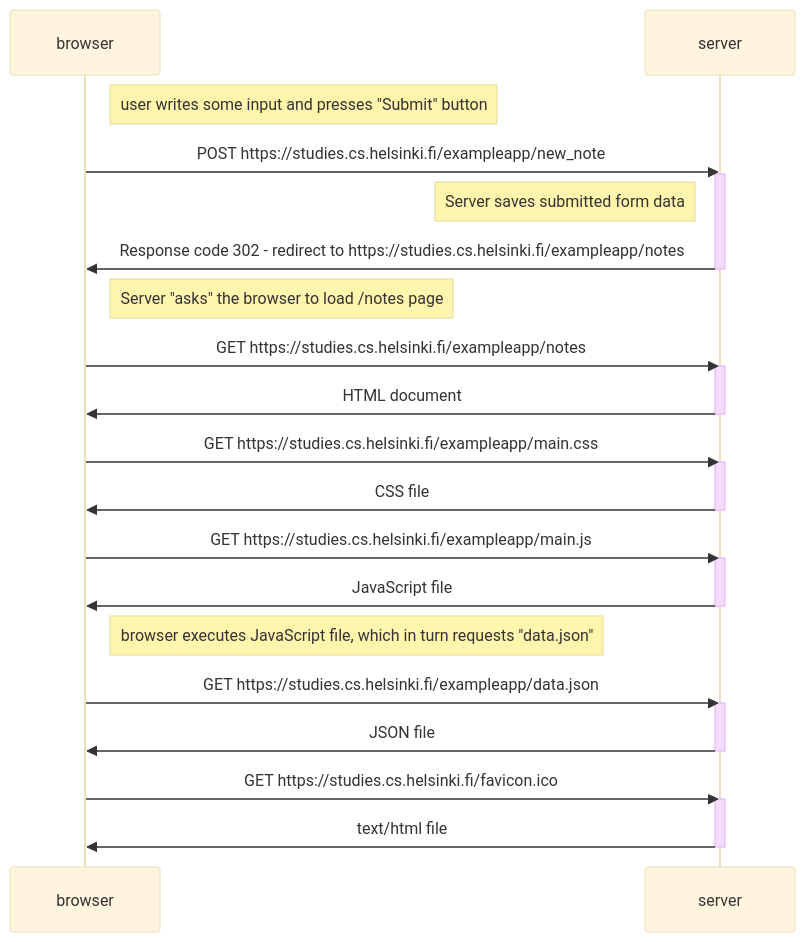
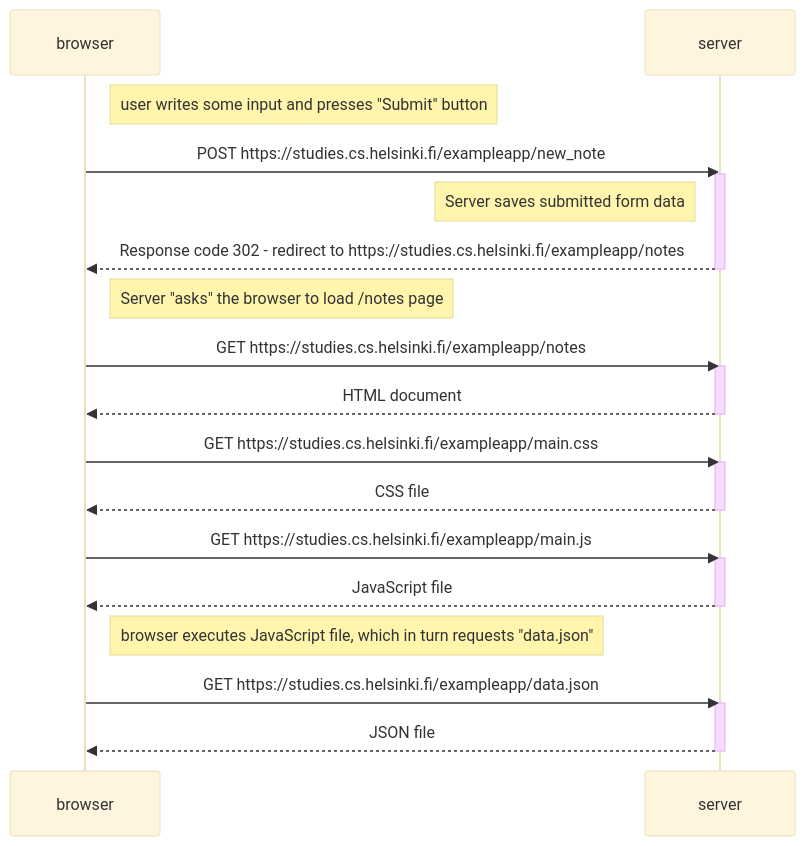
One commit to Soulgado/FullStackOpen changed the diagram in part0/noteDiagram.md. Above: the diagram before and after it, drawn with Mermaid (base theme). The commit also changed 2 other files, not shown here.

Commit message:
Part 0, Exercises 0.5, 0.6

````diff
--- a/part0/noteDiagram.md
+++ b/part0/noteDiagram.md
@@ -1,42 +1,37 @@
 ```mermaid
 sequenceDiagram
     participant browser
     participant server
 
     Note right of browser: user writes some input and presses "Submit" button
 
     browser->>server: POST https://studies.cs.helsinki.fi/exampleapp/new_note
     activate server
     Note left of server: Server saves submitted form data
-    server->>browser: Response code 302 - redirect to https://studies.cs.helsinki.fi/exampleapp/notes
+    server-->>browser: Response code 302 - redirect to https://studies.cs.helsinki.fi/exampleapp/notes
     deactivate server
 
     Note right of browser: Server "asks" the browser to load /notes page
 
     browser->>server: GET https://studies.cs.helsinki.fi/exampleapp/notes
     activate server
-    server->>browser: HTML document
+    server-->>browser: HTML document
     deactivate server
 
     browser->>server: GET https://studies.cs.helsinki.fi/exampleapp/main.css
     activate server
-    server->>browser: CSS file
+    server-->>browser: CSS file
     deactivate server
 
     browser->>server: GET https://studies.cs.helsinki.fi/exampleapp/main.js
     activate server
-    server->>browser: JavaScript file
+    server-->>browser: JavaScript file
     deactivate server
 
     Note right of browser: browser executes JavaScript file, which in turn requests "data.json"
 
     browser->>server: GET https://studies.cs.helsinki.fi/exampleapp/data.json
     activate server
-    server->>browser: JSON file
-    deactivate server
-
-    browser->>server: GET https://studies.cs.helsinki.fi/favicon.ico
-    activate server
-    server->>browser: text/html file
+    server-->>browser: JSON file
     deactivate server
 ```
````
